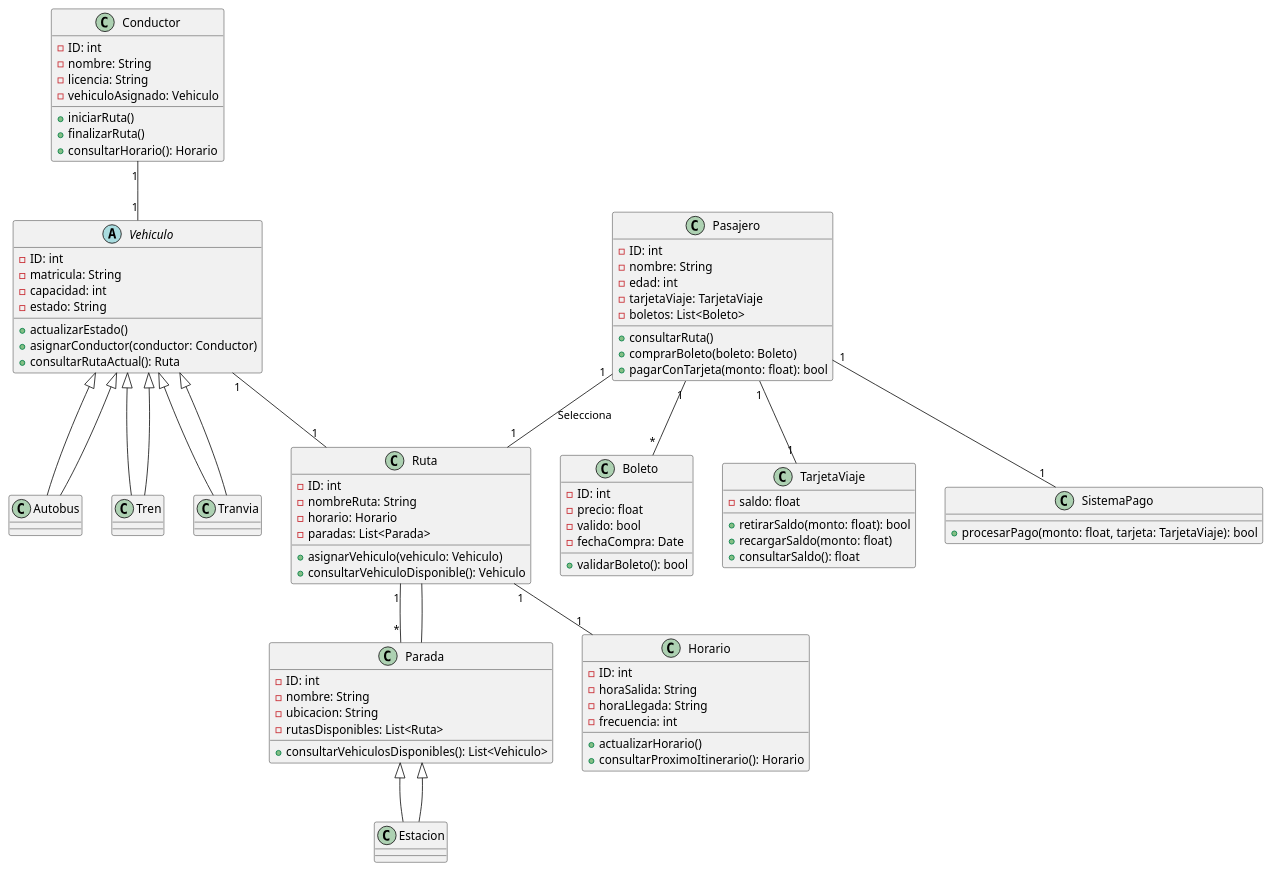
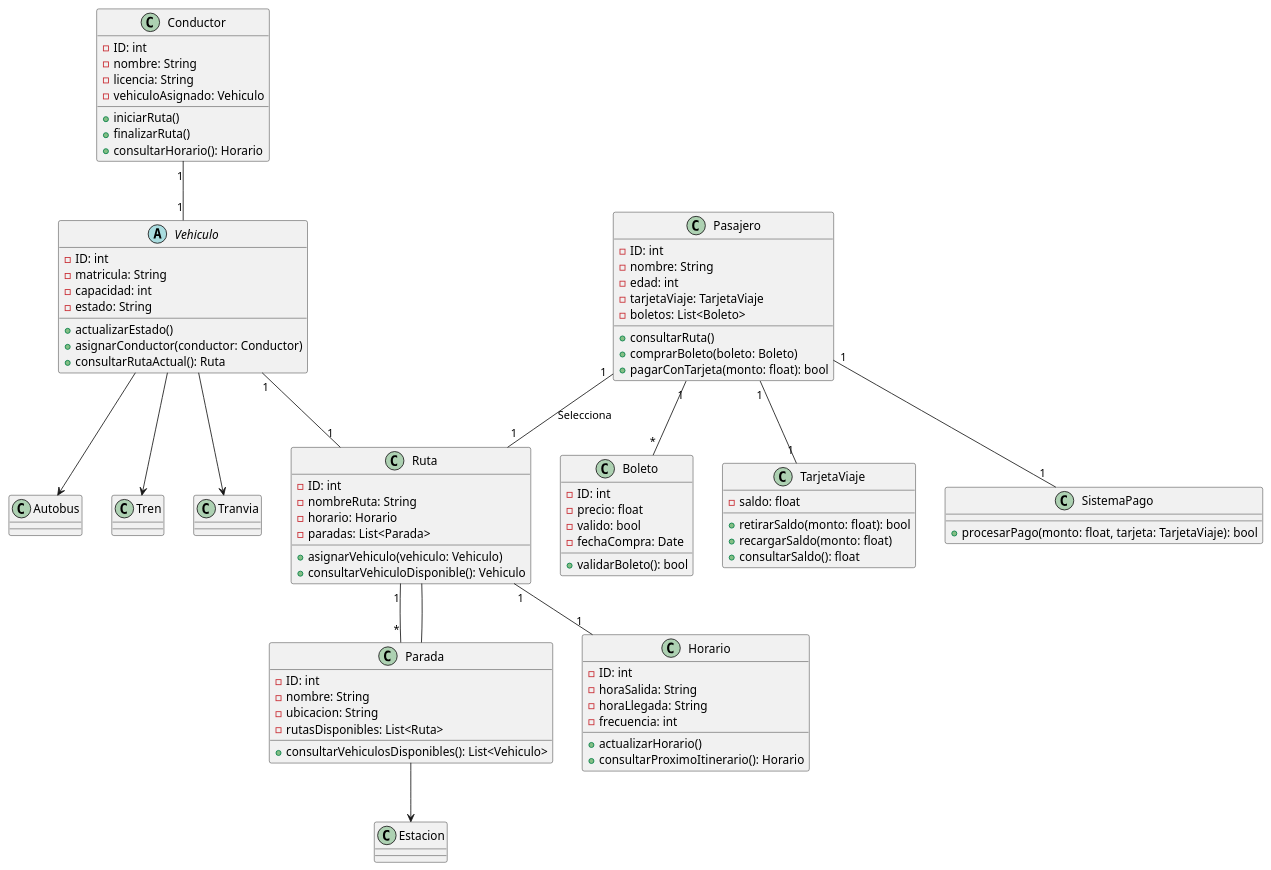
One commit to Ingenieria-Informatica-UNEATLANTICO/app-actividad-post-parcial-srgiom changed the diagram in modelosUML/diagramaClases_Mejorado.puml. Above: the diagram before and after it, drawn with PlantUML.

```diff
--- a/modelosUML/diagramaClases_Mejorado.puml
+++ b/modelosUML/diagramaClases_Mejorado.puml
@@ -1,97 +1,97 @@
 @startuml
 abstract class Vehiculo {
     - ID: int
     - matricula: String
     - capacidad: int
     - estado: String
     + actualizarEstado()
     + asignarConductor(conductor: Conductor)
     + consultarRutaActual(): Ruta
 }
 
-class Autobus extends Vehiculo
-class Tren extends Vehiculo
-class Tranvia extends Vehiculo
+class Autobus
+class Tren
+class Tranvia
 
 class Conductor {
     - ID: int
     - nombre: String
     - licencia: String
     - vehiculoAsignado: Vehiculo
     + iniciarRuta()
     + finalizarRuta()
     + consultarHorario(): Horario
 }
 
 class Pasajero {
     - ID: int
     - nombre: String
     - edad: int
     - tarjetaViaje: TarjetaViaje
     - boletos: List<Boleto>
     + consultarRuta()
     + comprarBoleto(boleto: Boleto)
     + pagarConTarjeta(monto: float): bool
 }
 
 class Ruta {
     - ID: int
     - nombreRuta: String
     - horario: Horario
     - paradas: List<Parada>
     + asignarVehiculo(vehiculo: Vehiculo)
     + consultarVehiculoDisponible(): Vehiculo
 }
 
 class Parada {
     - ID: int
     - nombre: String
     - ubicacion: String
     - rutasDisponibles: List<Ruta>
     + consultarVehiculosDisponibles(): List<Vehiculo>
 }
 
-class Estacion extends Parada
+class Estacion
 
 class Horario {
     - ID: int
     - horaSalida: String
     - horaLlegada: String
     - frecuencia: int
     + actualizarHorario()
     + consultarProximoItinerario(): Horario
 }
 
 class Boleto {
     - ID: int
     - precio: float
     - valido: bool
     - fechaCompra: Date
     + validarBoleto(): bool
 }
 
 class TarjetaViaje {
     - saldo: float
     + retirarSaldo(monto: float): bool
     + recargarSaldo(monto: float)
     + consultarSaldo(): float
 }
 
 class SistemaPago {
     + procesarPago(monto: float, tarjeta: TarjetaViaje): bool
 }
 
 Pasajero "1" -- "1" TarjetaViaje
 Pasajero "1" -- "*" Boleto
 Pasajero "1" -- "1" SistemaPago
 Pasajero "1" -- "1" Ruta : "Selecciona"
 Conductor "1" -- "1" Vehiculo
 Vehiculo "1" -- "1" Ruta
 Ruta "1" -- "*" Parada
 Ruta "1" -- "1" Horario
-Vehiculo <|-- Autobus
-Vehiculo <|-- Tren
-Vehiculo <|-- Tranvia
+Vehiculo --> Autobus
+Vehiculo --> Tren
+Vehiculo --> Tranvia
+Parada --> Estacion
 Parada -- Ruta
-Estacion --|> Parada
 @enduml
```
